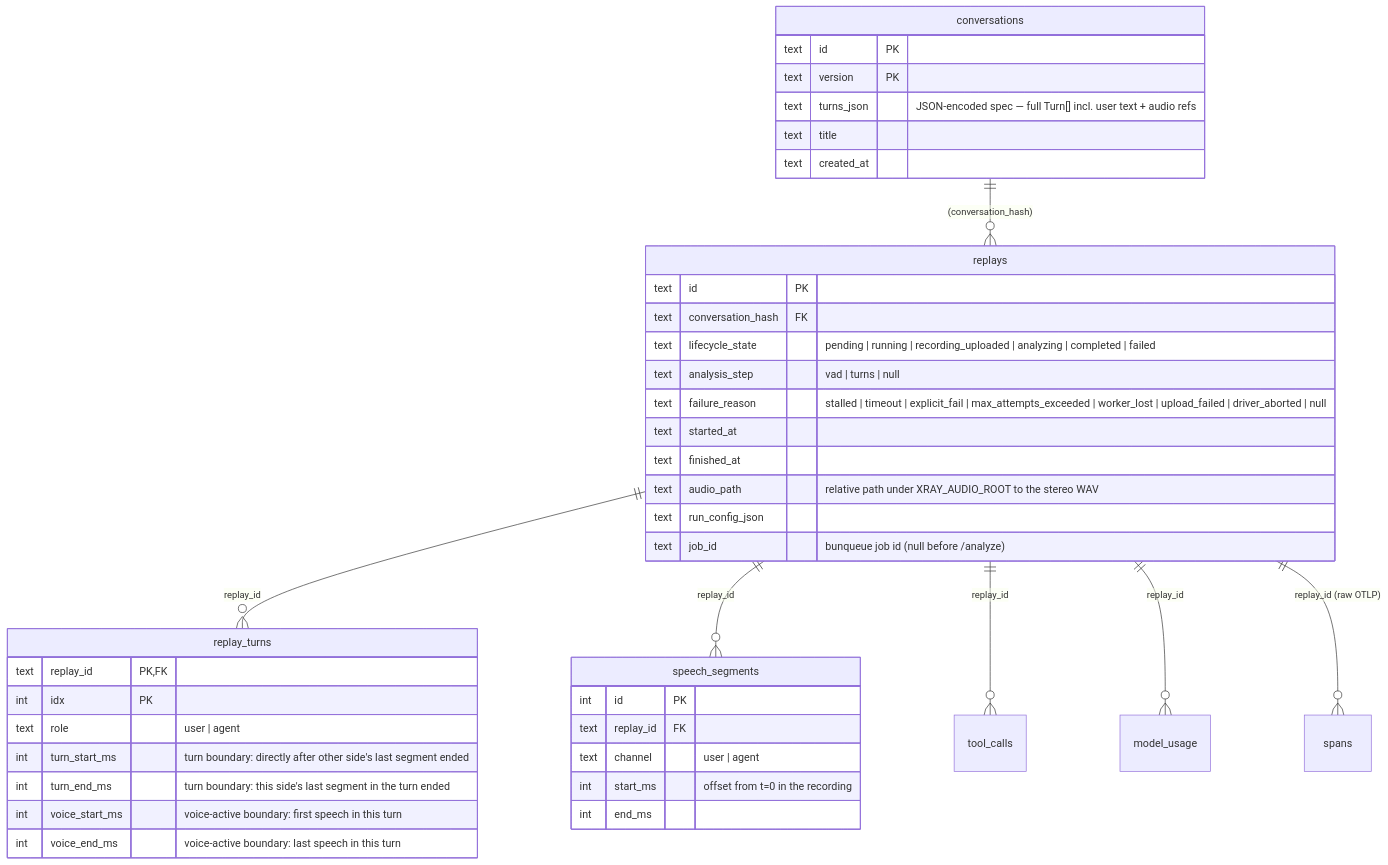
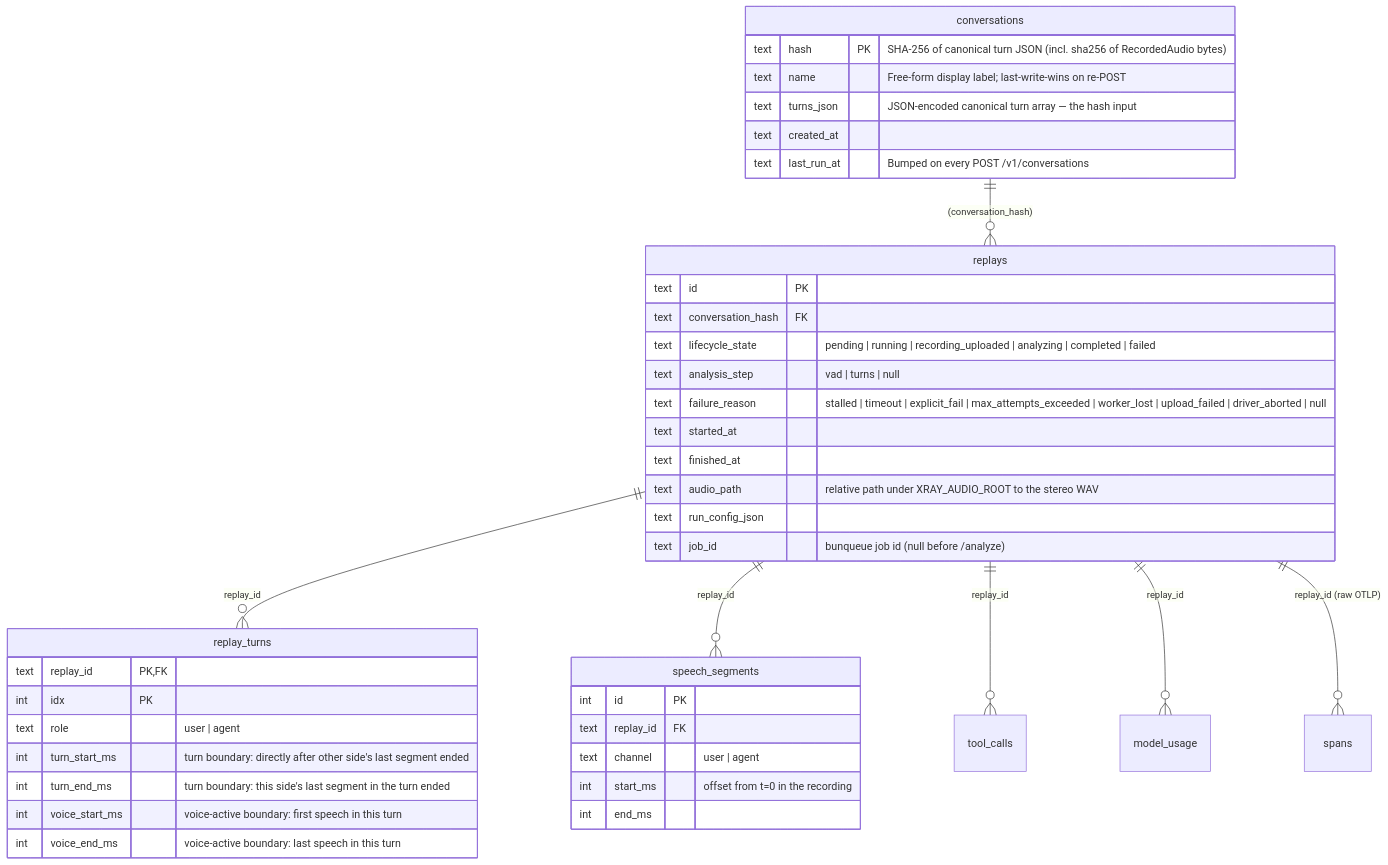
The fourth of 5 diagrams in docs/architecture.md (basilebong/xray), drawn with Mermaid before and after one commit. The commit also changed other lines of this file and 5 other files, not shown here.

````diff
--- a/docs/architecture.md
+++ b/docs/architecture.md
@@ -277,45 +281,45 @@
 ```mermaid
 erDiagram
     conversations ||--o{ replays : "(conversation_hash)"
     replays ||--o{ replay_turns : "replay_id"
     replays ||--o{ speech_segments : "replay_id"
     replays ||--o{ tool_calls : "replay_id"
     replays ||--o{ model_usage : "replay_id"
     replays ||--o{ spans : "replay_id (raw OTLP)"
 
     conversations {
-        text id PK
-        text version PK
-        text turns_json "JSON-encoded spec — full Turn[] incl. user text + audio refs"
-        text title
+        text hash PK "SHA-256 of canonical turn JSON (incl. sha256 of RecordedAudio bytes)"
+        text name "Free-form display label; last-write-wins on re-POST"
+        text turns_json "JSON-encoded canonical turn array — the hash input"
         text created_at
+        text last_run_at "Bumped on every POST /v1/conversations"
     }
     replays {
         text id PK
         text conversation_hash FK
         text lifecycle_state "pending | running | recording_uploaded | analyzing | completed | failed"
         text analysis_step "vad | turns | null"
         text failure_reason "stalled | timeout | explicit_fail | max_attempts_exceeded | worker_lost | upload_failed | driver_aborted | null"
         text started_at
         text finished_at
         text audio_path "relative path under XRAY_AUDIO_ROOT to the stereo WAV"
         text run_config_json
         text job_id "bunqueue job id (null before /analyze)"
     }
     replay_turns {
         text replay_id PK,FK
         int idx PK
         text role "user | agent"
         int turn_start_ms "turn boundary: directly after other side's last segment ended"
         int turn_end_ms "turn boundary: this side's last segment in the turn ended"
         int voice_start_ms "voice-active boundary: first speech in this turn"
         int voice_end_ms "voice-active boundary: last speech in this turn"
     }
     speech_segments {
         int id PK
         text replay_id FK
         text channel "user | agent"
         int start_ms "offset from t=0 in the recording"
         int end_ms
     }
 ```
````
